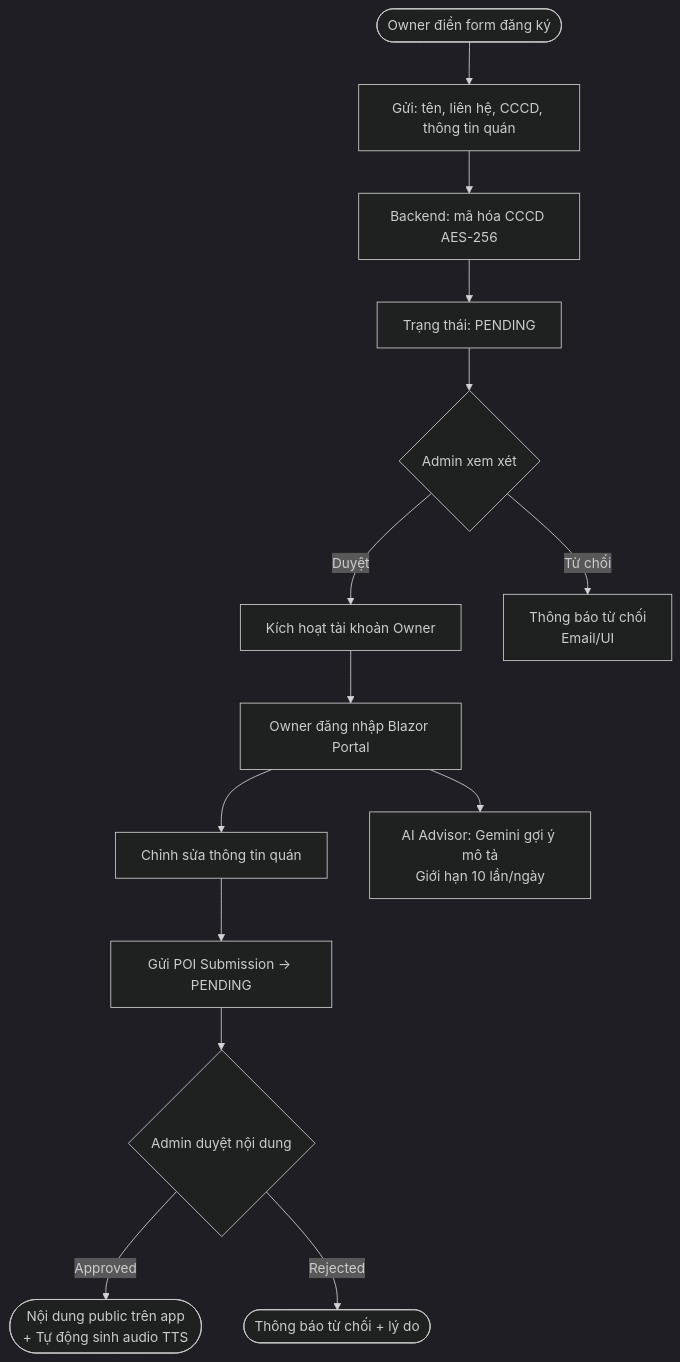
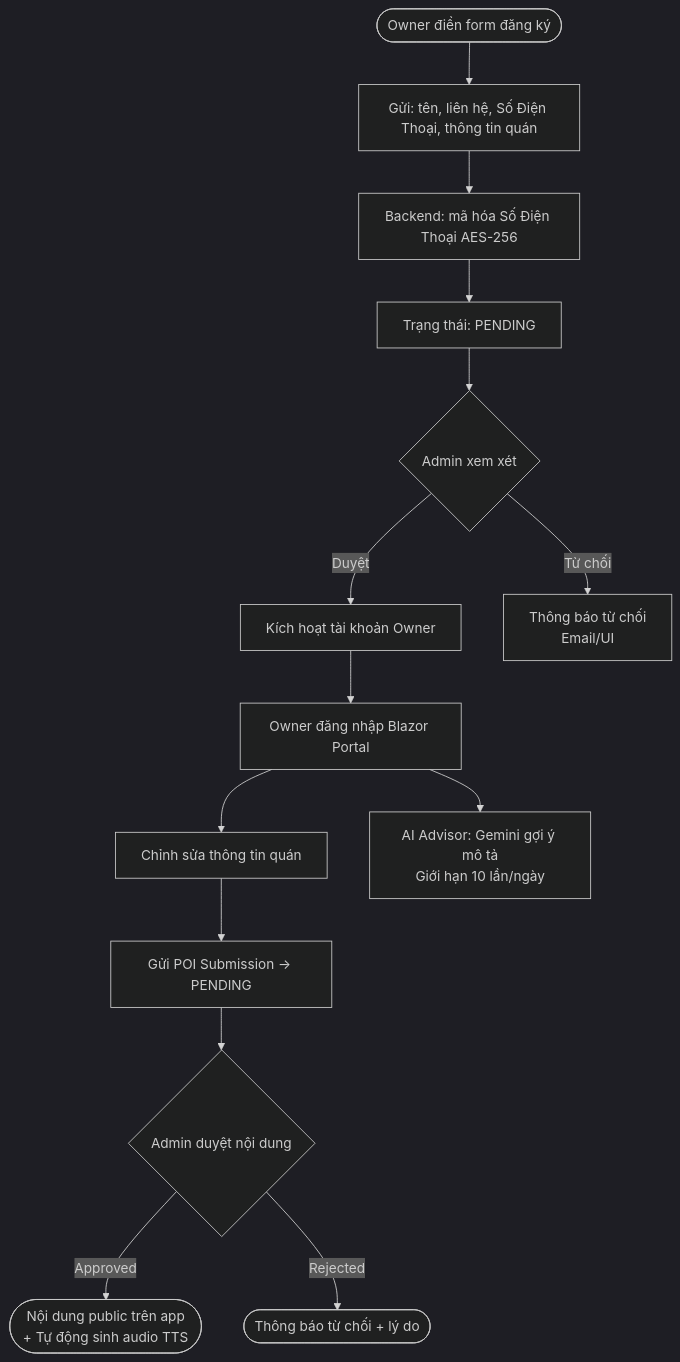
The seventh of 9 diagrams in README.md (DZT711/Audio_Guide_App), drawn with Mermaid (dark theme) before and after one commit. The commit also changed other lines of this file, not shown here.

````diff
--- a/README.md
+++ b/README.md
@@ -645,16 +645,16 @@
 ```mermaid
 flowchart TD
-    A([Owner điền form đăng ký]) --> B[Gửi: tên, liên hệ, CCCD, thông tin quán]
-    B --> C[Backend: mã hóa CCCD AES-256]
+    A([Owner điền form đăng ký]) --> B[Gửi: tên, liên hệ, Số Điện Thoại, thông tin quán]
+    B --> C[Backend: mã hóa Số Điện Thoại AES-256]
     C --> D[Trạng thái: PENDING]
     D --> E{Admin xem xét}
     E -- Duyệt --> F[Kích hoạt tài khoản Owner]
     E -- Từ chối --> G[Thông báo từ chối\nEmail/UI]
     F --> H[Owner đăng nhập Blazor Portal]
     H --> I[Chỉnh sửa thông tin quán]
     I --> J[Gửi POI Submission → PENDING]
     J --> K{Admin duyệt nội dung}
     K -- Approved --> L([Nội dung public trên app\n+ Tự động sinh audio TTS])
     K -- Rejected --> M([Thông báo từ chối + lý do])
     H --> N[AI Advisor: Gemini gợi ý mô tả\nGiới hạn 10 lần/ngày]
 ```
````
